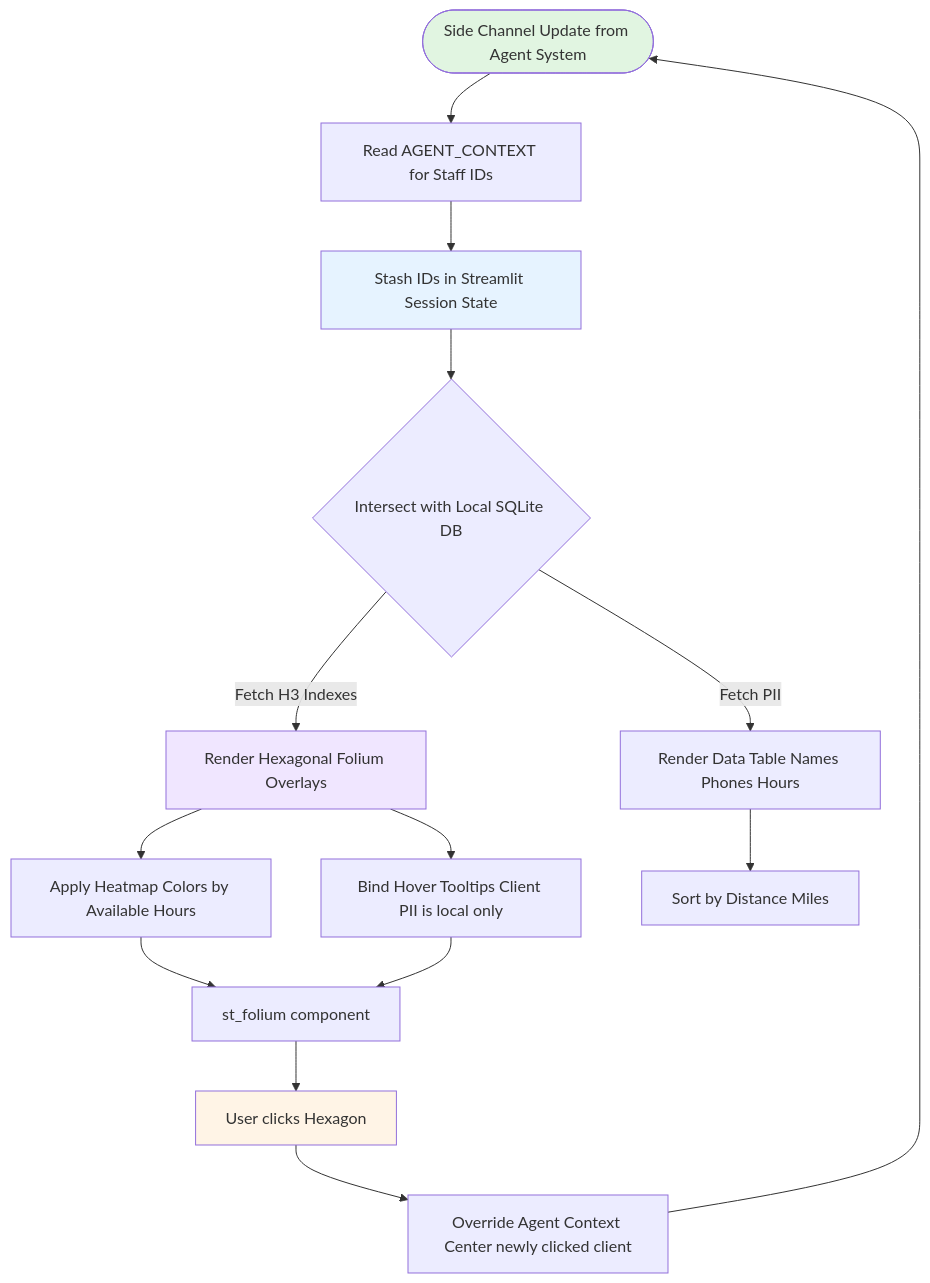
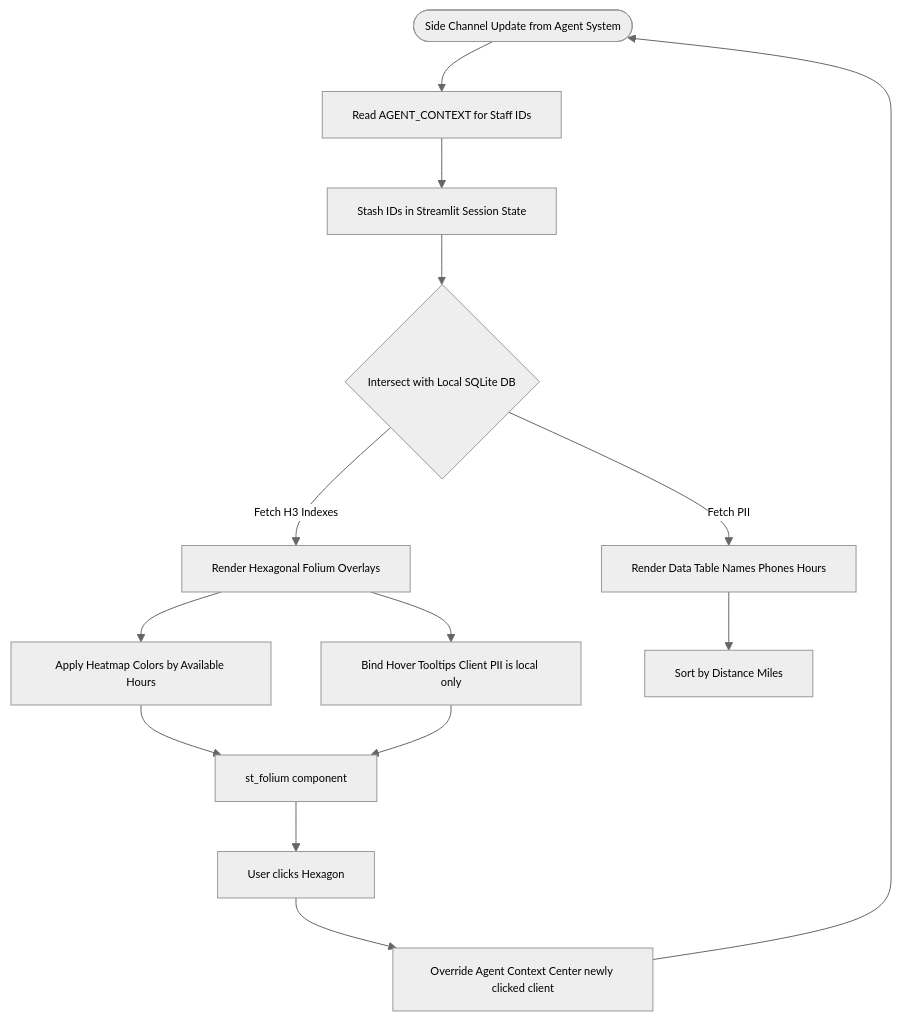
One commit to the-write-path-code/ch07-proactive-event-driven-agents changed the fourth of 5 diagrams in workflows/architecture_workflows.md. Above: the diagram before and after it, drawn with Mermaid. The commit also changed other lines of this file, not shown here.

First line of the commit message:
Refactor mermaid diagrams and remove styles

````diff
--- a/workflows/architecture_workflows.md
+++ b/workflows/architecture_workflows.md
@@ -222,29 +212,26 @@
 ```mermaid
+%%{init: {"theme": "neutral", "themeVariables": {"fontFamily": "Arial, Helvetica, sans-serif", "fontSize": "11px", "actorFontSize": "11px", "noteFontSize": "10px", "messageFontSize": "10px"}}}%%
 flowchart TD
     Start([Side Channel Update from Agent System]) --> ReadDict[Read AGENT_CONTEXT for Staff IDs]
 
     ReadDict --> SyncState[Stash IDs in Streamlit Session State]
 
     SyncState --> QueryDB{Intersect with Local SQLite DB}
 
     QueryDB -->|Fetch H3 Indexes| MapHex[Render Hexagonal Folium Overlays]
     QueryDB -->|Fetch PII| RenderTable[Render Data Table Names Phones Hours]
 
     MapHex --> Colors[Apply Heatmap Colors by Available Hours]
     MapHex --> Tooltip[Bind Hover Tooltips Client PII is local only]
 
     RenderTable --> Sort[Sort by Distance Miles]
 
     Colors --> MapComponent[st_folium component]
     Tooltip --> MapComponent
 
     MapComponent --> ClickMap[User clicks Hexagon]
     ClickMap --> Override[Override Agent Context Center newly clicked client]
 
     Override --> Start
 
-    style Start fill:#e1f5e1
-    style SyncState fill:#e6f3ff
-    style MapHex fill:#f0e6ff
-    style ClickMap fill:#fff4e6
 ```
````
